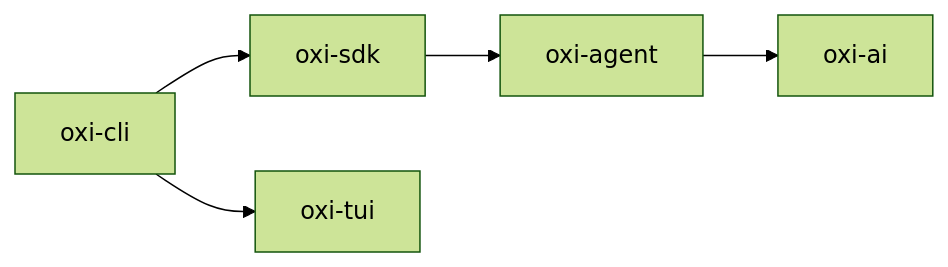
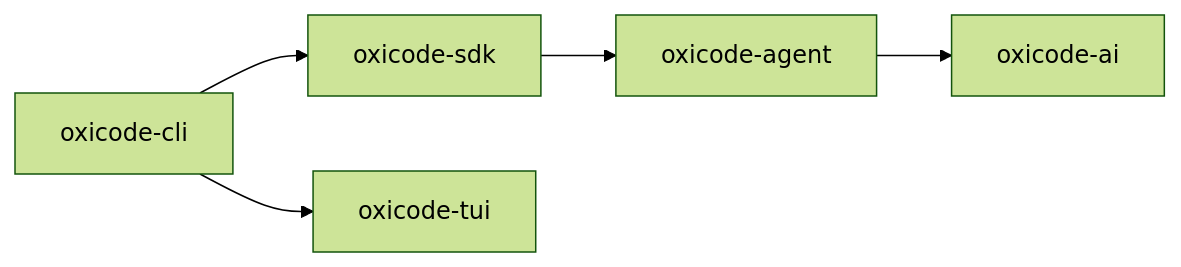
One commit to a7garden/oxi changed the diagram in README.md. Above: the diagram before and after it, drawn with Mermaid (forest theme). The commit also changed other lines of this file and 1247 other files, not shown here.

First line of the commit message:
rename!: oxi → oxicode — comprehensive project rename

````diff
--- a/README.md
+++ b/README.md
@@ -110,7 +110,7 @@
 ```mermaid
 graph LR
-    A[oxi-cli] --> B[oxi-sdk]
-    A --> C[oxi-tui]
-    B --> E[oxi-agent]
-    E --> F[oxi-ai]
+    A[oxicode-cli] --> B[oxicode-sdk]
+    A --> C[oxicode-tui]
+    B --> E[oxicode-agent]
+    E --> F[oxicode-ai]
 ```
````
